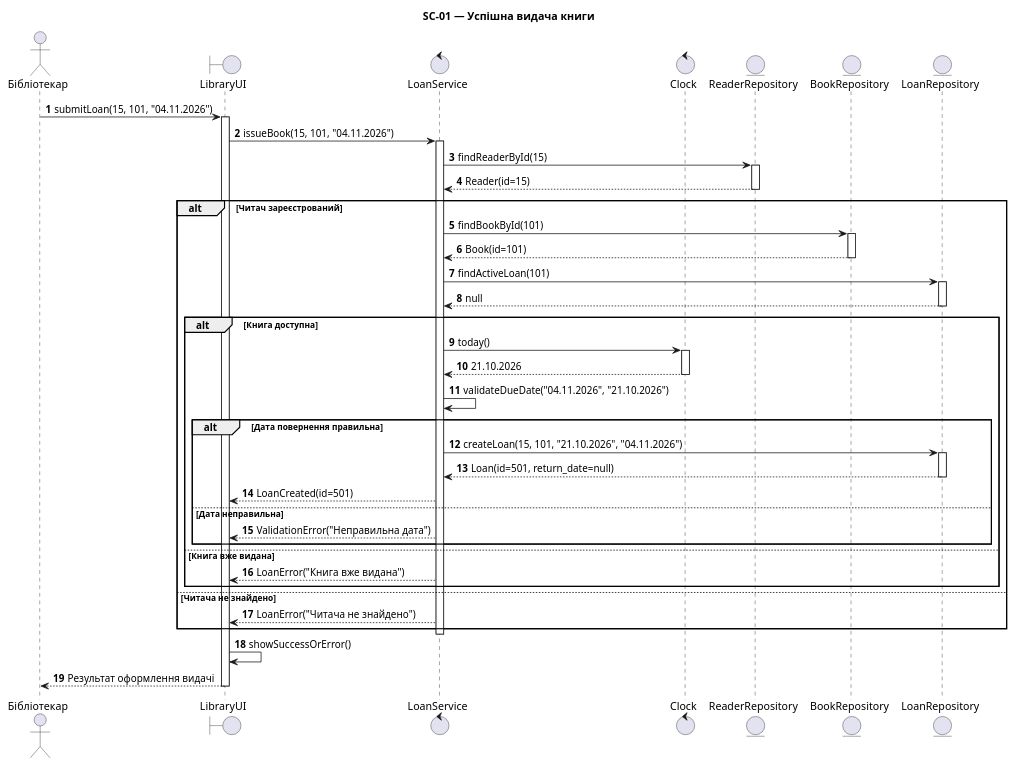
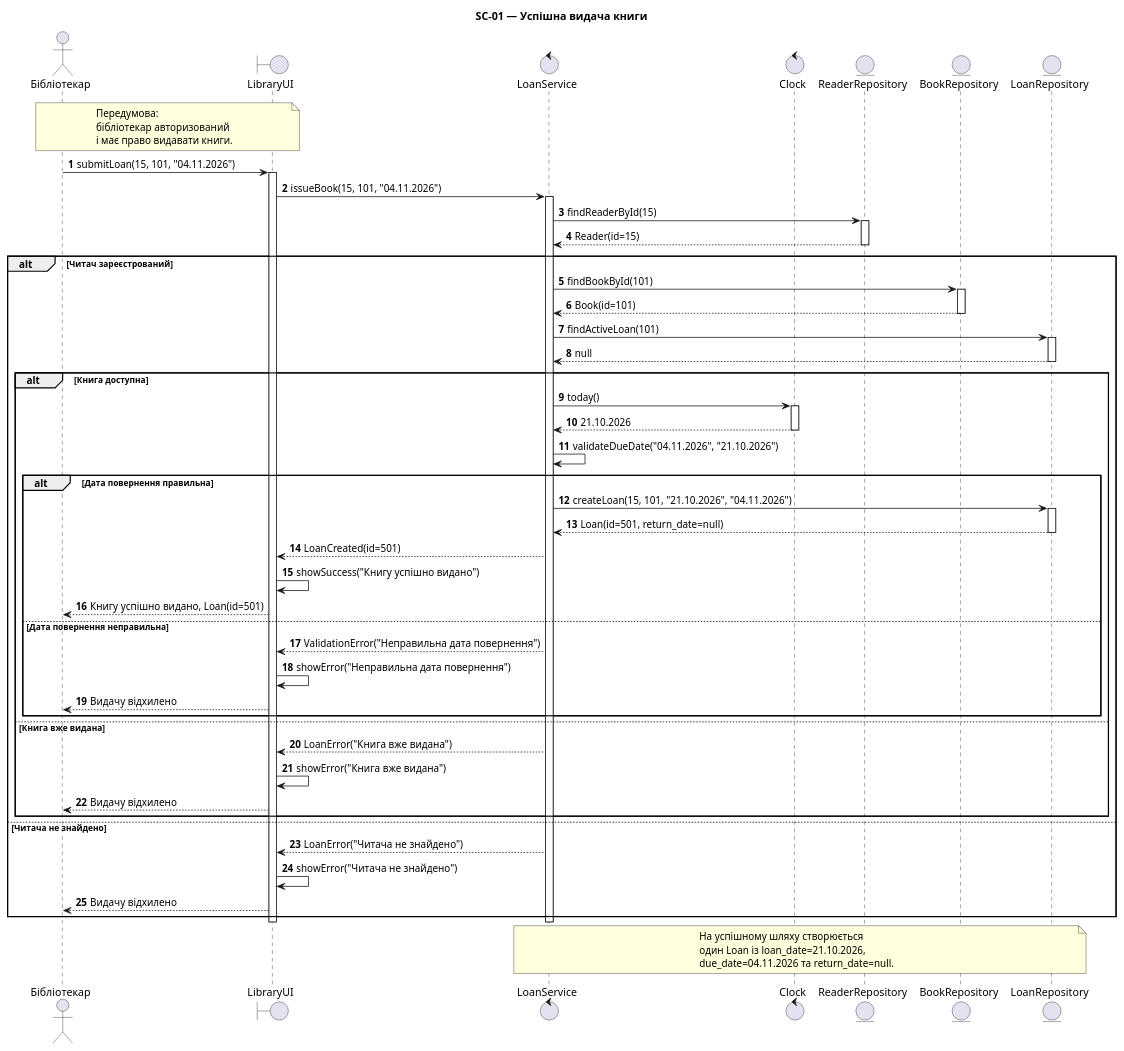
The diagram in diagrams/sc-01-success.puml (xdddd1234/lab3), drawn with PlantUML before and after one commit.

Commit message:
fix: correct SC-01 sequence diagram after audit

```diff
--- a/diagrams/sc-01-success.puml
+++ b/diagrams/sc-01-success.puml
@@ -2,70 +2,87 @@
 @startuml
 title SC-01 — Успішна видача книги
 
 autonumber
 
 actor "Бібліотекар" as Librarian
 boundary "LibraryUI" as UI
 control "LoanService" as Service
 control "Clock" as Clock
 entity "ReaderRepository" as Readers
 entity "BookRepository" as Books
 entity "LoanRepository" as Loans
+
+note over Librarian, UI
+  Передумова:
+  бібліотекар авторизований
+  і має право видавати книги.
+end note
 
 Librarian -> UI: submitLoan(15, 101, "04.11.2026")
 activate UI
 
 UI -> Service: issueBook(15, 101, "04.11.2026")
 activate Service
 
 Service -> Readers: findReaderById(15)
 activate Readers
 Readers --> Service: Reader(id=15)
 deactivate Readers
 
 alt Читач зареєстрований
     Service -> Books: findBookById(101)
     activate Books
     Books --> Service: Book(id=101)
     deactivate Books
 
     Service -> Loans: findActiveLoan(101)
     activate Loans
     Loans --> Service: null
     deactivate Loans
 
     alt Книга доступна
         Service -> Clock: today()
         activate Clock
         Clock --> Service: 21.10.2026
         deactivate Clock
 
         Service -> Service: validateDueDate("04.11.2026", "21.10.2026")
 
         alt Дата повернення правильна
             Service -> Loans: createLoan(15, 101, "21.10.2026", "04.11.2026")
             activate Loans
             Loans --> Service: Loan(id=501, return_date=null)
             deactivate Loans
 
             Service --> UI: LoanCreated(id=501)
-        else Дата неправильна
-            Service --> UI: ValidationError("Неправильна дата")
+            UI -> UI: showSuccess("Книгу успішно видано")
+            UI --> Librarian: Книгу успішно видано, Loan(id=501)
+
+        else Дата повернення неправильна
+            Service --> UI: ValidationError("Неправильна дата повернення")
+            UI -> UI: showError("Неправильна дата повернення")
+            UI --> Librarian: Видачу відхилено
         end
 
     else Книга вже видана
         Service --> UI: LoanError("Книга вже видана")
+        UI -> UI: showError("Книга вже видана")
+        UI --> Librarian: Видачу відхилено
     end
 
 else Читача не знайдено
     Service --> UI: LoanError("Читача не знайдено")
+    UI -> UI: showError("Читача не знайдено")
+    UI --> Librarian: Видачу відхилено
 end
 
 deactivate Service
-
-UI -> UI: showSuccessOrError()
-UI --> Librarian: Результат оформлення видачі
-
 deactivate UI
 
+note over Service, Loans
+  На успішному шляху створюється
+  один Loan із loan_date=21.10.2026,
+  due_date=04.11.2026 та return_date=null.
+end note
+
 @enduml
```
